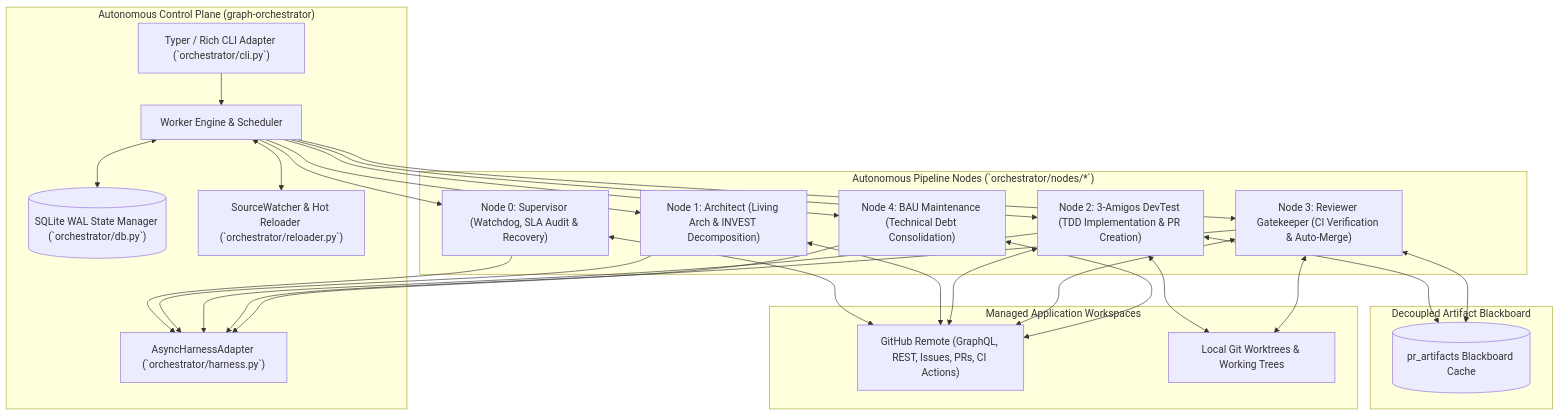
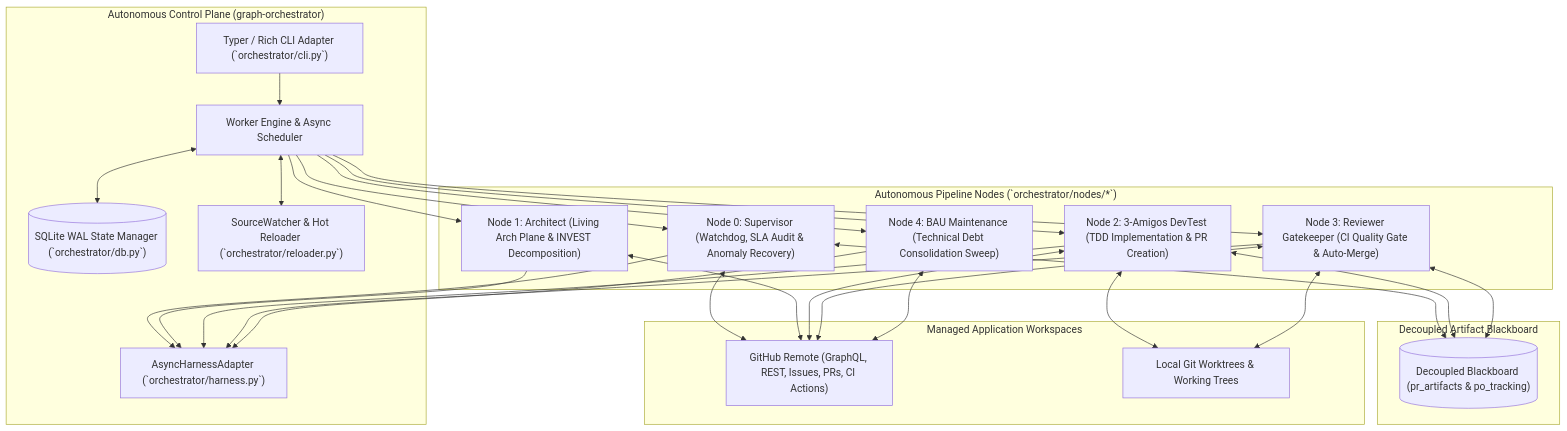
The first of 5 diagrams in .graph/architecture.md (AntaresAndBharani/graph-engineering), drawn with Mermaid before and after one commit. The commit also changed other lines of this file and 9 other files, not shown here.

````diff
--- a/.graph/architecture.md
+++ b/.graph/architecture.md
@@ -17,36 +17,37 @@
 ```mermaid
 flowchart TD
     subgraph Control Plane ["Autonomous Control Plane (graph-orchestrator)"]
         CLI["Typer / Rich CLI Adapter (`orchestrator/cli.py`)"]
-        Core["Worker Engine & Scheduler"]
+        Core["Worker Engine & Async Scheduler"]
         State[("SQLite WAL State Manager (`orchestrator/db.py`)")]
         Reloader["SourceWatcher & Hot Reloader (`orchestrator/reloader.py`)"]
         Adapter["AsyncHarnessAdapter (`orchestrator/harness.py`)"]
     end
 
     subgraph Governance & Pipeline Nodes ["Autonomous Pipeline Nodes (`orchestrator/nodes/*`)"]
-        N0["Node 0: Supervisor (Watchdog, SLA Audit & Recovery)"]
-        N1["Node 1: Architect (Living Arch & INVEST Decomposition)"]
+        N0["Node 0: Supervisor (Watchdog, SLA Audit & Anomaly Recovery)"]
+        N1["Node 1: Architect (Living Arch Plane & INVEST Decomposition)"]
         N2["Node 2: 3-Amigos DevTest (TDD Implementation & PR Creation)"]
-        N3["Node 3: Reviewer Gatekeeper (CI Verification & Auto-Merge)"]
-        N4["Node 4: BAU Maintenance (Technical Debt Consolidation)"]
+        N3["Node 3: Reviewer Gatekeeper (CI Quality Gate & Auto-Merge)"]
+        N4["Node 4: BAU Maintenance (Technical Debt Consolidation Sweep)"]
     end
 
     subgraph Blackboard Layer ["Decoupled Artifact Blackboard"]
-        BB[("pr_artifacts Blackboard Cache")]
+        BB[("Decoupled Blackboard (pr_artifacts & po_tracking)")]
     end
 
     subgraph Managed Target Repositories ["Managed Application Workspaces"]
         GH["GitHub Remote (GraphQL, REST, Issues, PRs, CI Actions)"]
         LocalGit["Local Git Worktrees & Working Trees"]
     end
 
     CLI --> Core
     Core <--> State
     Core <--> Reloader
     Core --> N0 & N1 & N2 & N3 & N4
     N0 & N1 & N2 & N3 & N4 --> Adapter
     N0 & N1 & N2 & N3 & N4 <--> GH
+    N0 <--> BB
     N2 & N3 <--> LocalGit
     N2 & N3 <--> BB
 ```
````
